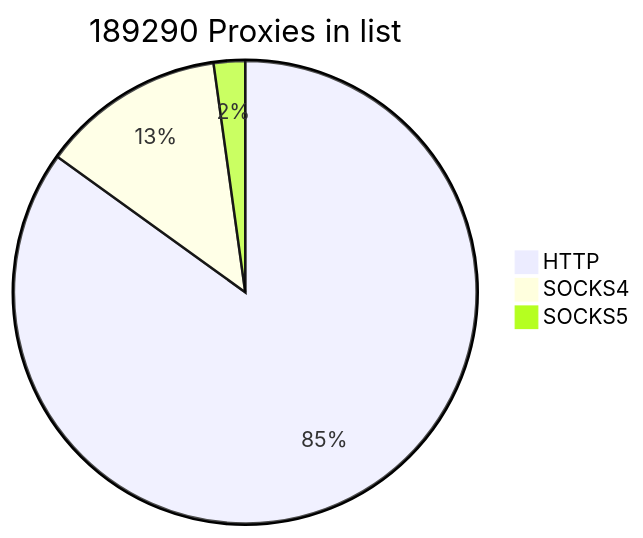
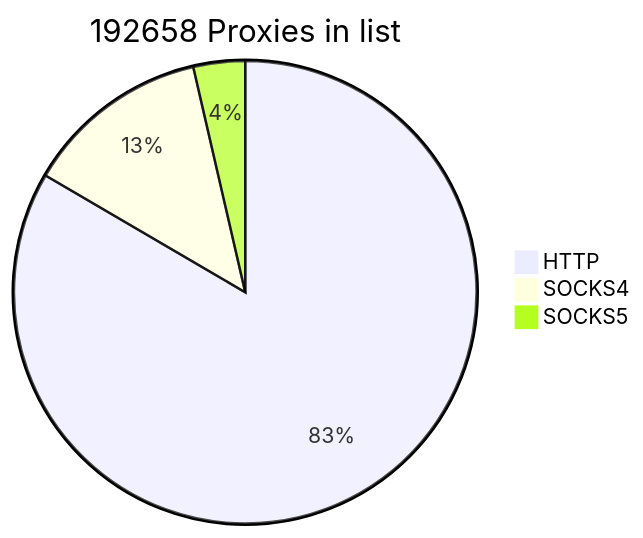
Before and after one commit to cutipu/proxylist: the first of 2 diagrams in README.md, drawn with Mermaid. The commit also changed other lines of this file, not shown here.

````diff
--- a/README.md
+++ b/README.md
@@ -2,7 +2,7 @@
 ```mermaid
-pie title 189290 Proxies in list
-    "HTTP" : 160802
-    "SOCKS4" : 24337
-    "SOCKS5" : 4151
+pie title 192658 Proxies in list
+    "HTTP" : 160717
+    "SOCKS4" : 24989
+    "SOCKS5" : 6952
             
 ```
````
